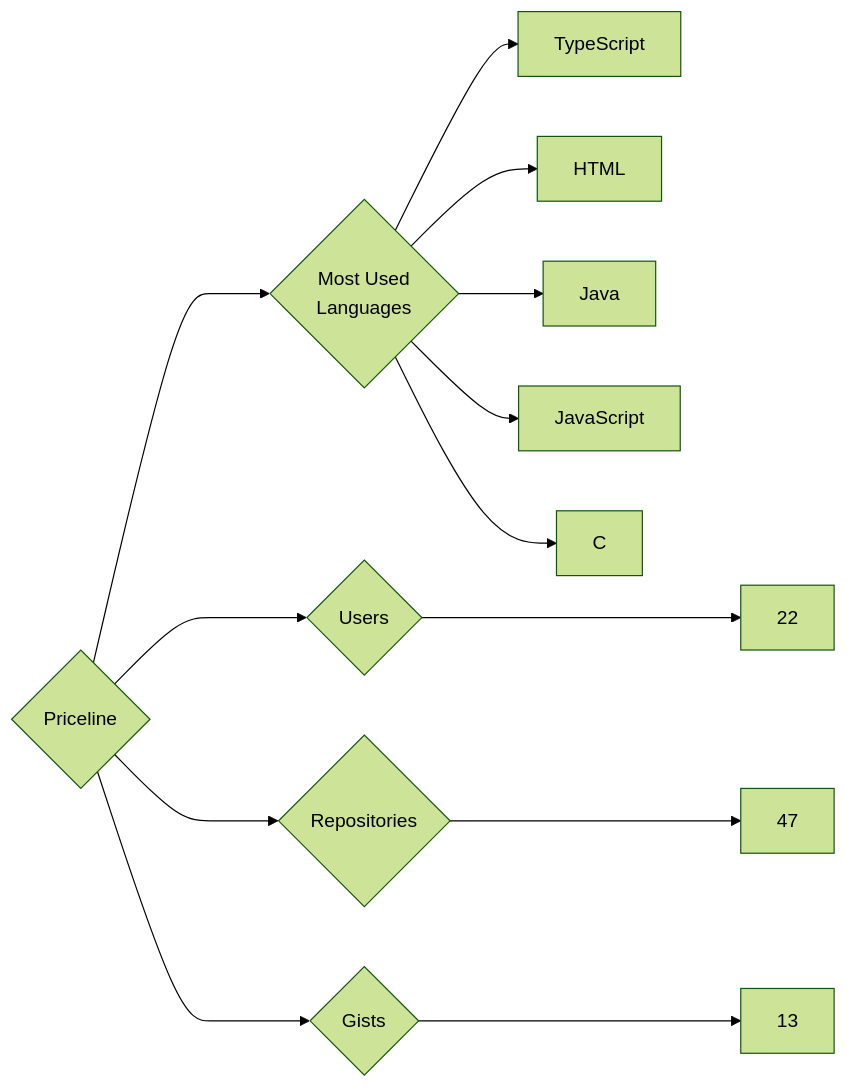
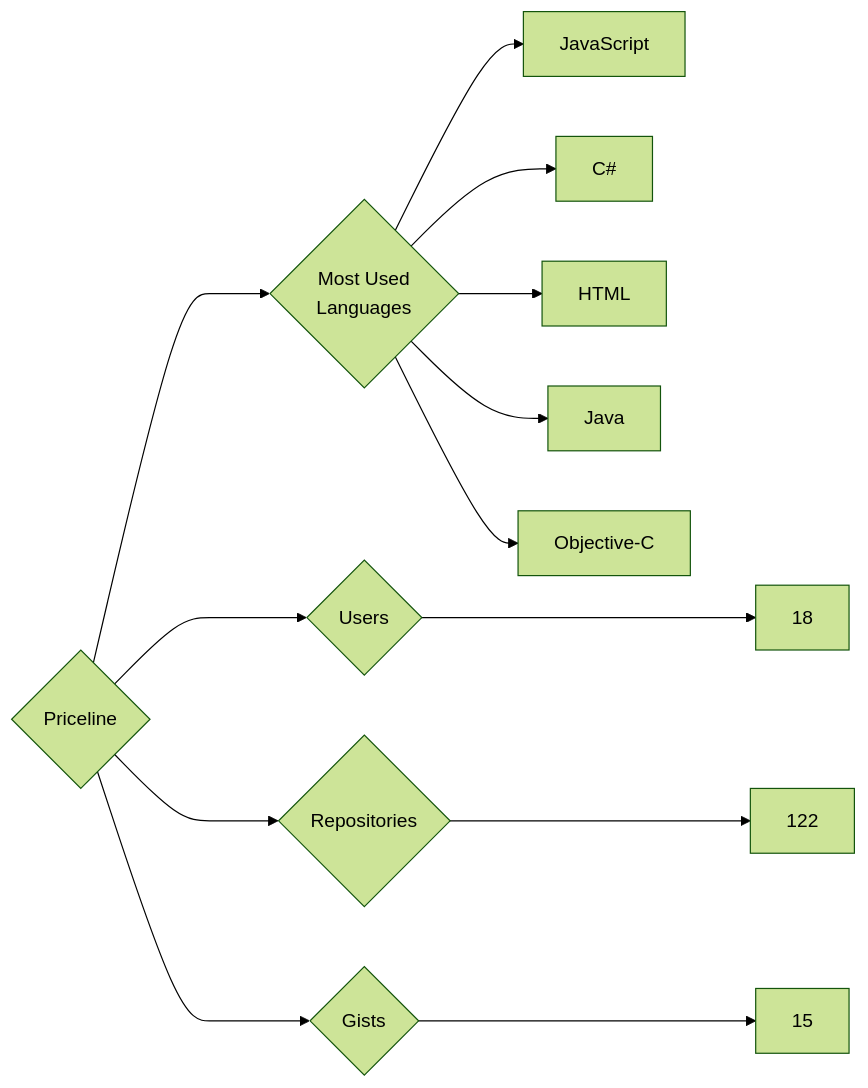
One commit to trickest/insiders changed the diagram in targets/Priceline/README.md. Above: the diagram before and after it, drawn with Mermaid (forest theme). The commit also changed 1011 other files, not shown here.

````diff
--- a/targets/Priceline/README.md
+++ b/targets/Priceline/README.md
@@ -3,13 +3,13 @@
 ```mermaid
 graph LR
 COMPANY_NAME{Priceline}
-COMPANY_NAME ---> U{Users} ---> UN[22]
-COMPANY_NAME ---> R{Repositories} ---> RN[47]
-COMPANY_NAME ---> G{Gists} ---> GN[13]
+COMPANY_NAME ---> U{Users} ---> UN[18]
+COMPANY_NAME ---> R{Repositories} ---> RN[122]
+COMPANY_NAME ---> G{Gists} ---> GN[15]
 COMPANY_NAME ---> ML{Most Used<br>Languages}
-ML --> TypeScript[TypeScript]
+ML --> JavaScript[JavaScript]
+ML --> C#[C#]
 ML --> HTML[HTML]
 ML --> Java[Java]
-ML --> JavaScript[JavaScript]
-ML --> C[C]
+ML --> Objective-C[Objective-C]
 ```
````
